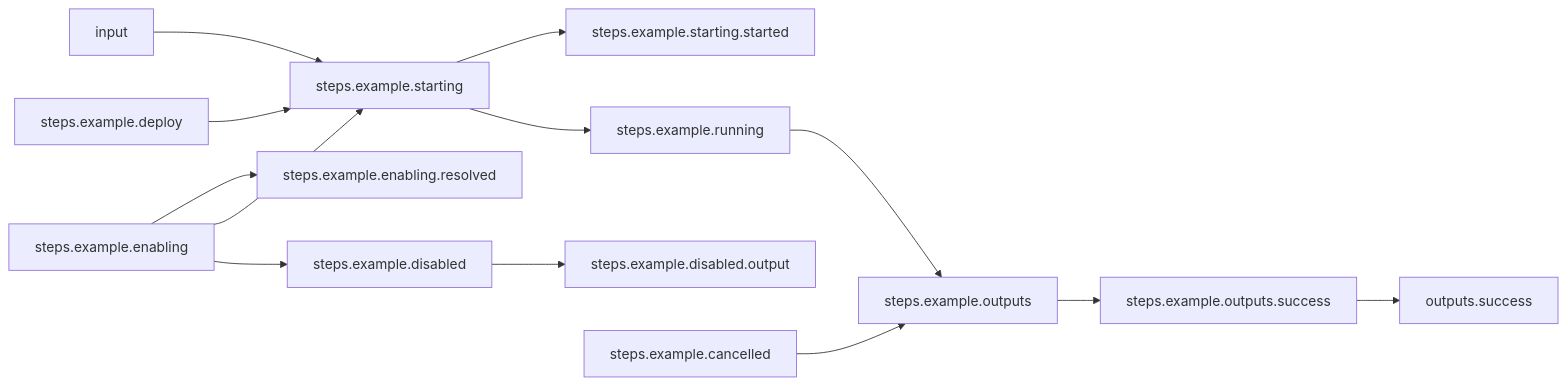
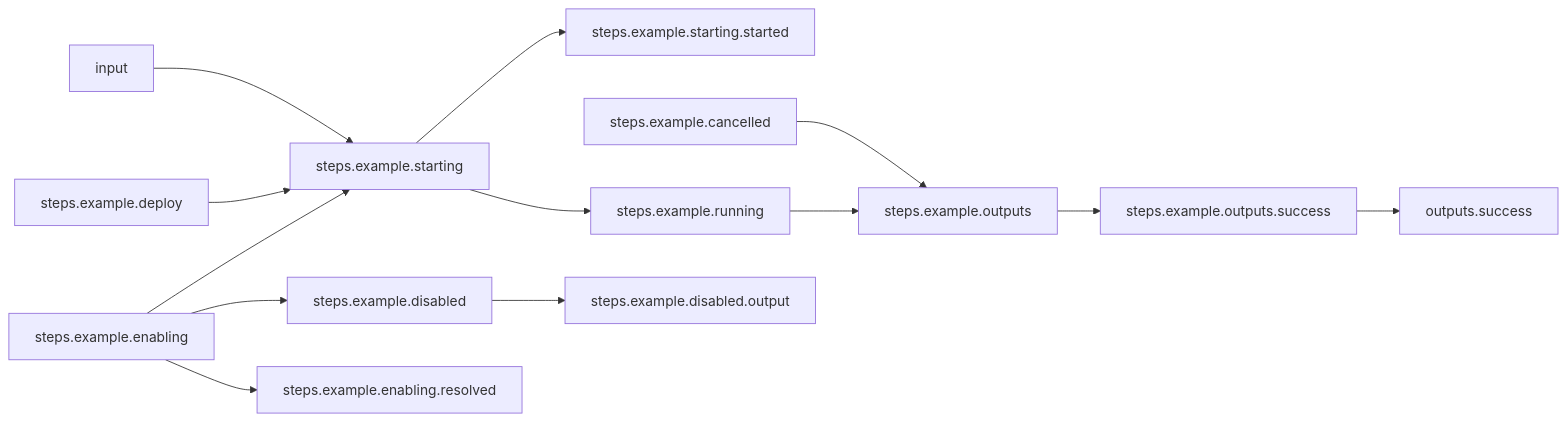
Before and after one commit to arcalot/arcaflow-workflows: the diagram in basic-examples/basic/README.md, drawn with Mermaid. The commit also changed other lines of this file and 19 other files, not shown here.

````diff
--- a/basic-examples/basic/README.md
+++ b/basic-examples/basic/README.md
@@ -28,17 +32,17 @@
 ```mermaid
 %% Mermaid markdown workflow
 flowchart LR
 %% Success path
+steps.example.running-->steps.example.outputs
+steps.example.outputs.success-->outputs.success
+steps.example.enabling-->steps.example.starting
+steps.example.enabling-->steps.example.disabled
+steps.example.enabling-->steps.example.enabling.resolved
+steps.example.outputs-->steps.example.outputs.success
+steps.example.cancelled-->steps.example.outputs
+steps.example.disabled-->steps.example.disabled.output
+input-->steps.example.starting
+steps.example.deploy-->steps.example.starting
 steps.example.starting-->steps.example.starting.started
 steps.example.starting-->steps.example.running
-steps.example.running-->steps.example.outputs
-steps.example.enabling-->steps.example.enabling.resolved
-steps.example.enabling-->steps.example.starting
-steps.example.enabling-->steps.example.disabled
-steps.example.outputs-->steps.example.outputs.success
-input-->steps.example.starting
-steps.example.outputs.success-->outputs.success
-steps.example.disabled-->steps.example.disabled.output
-steps.example.deploy-->steps.example.starting
-steps.example.cancelled-->steps.example.outputs
 ```
````
